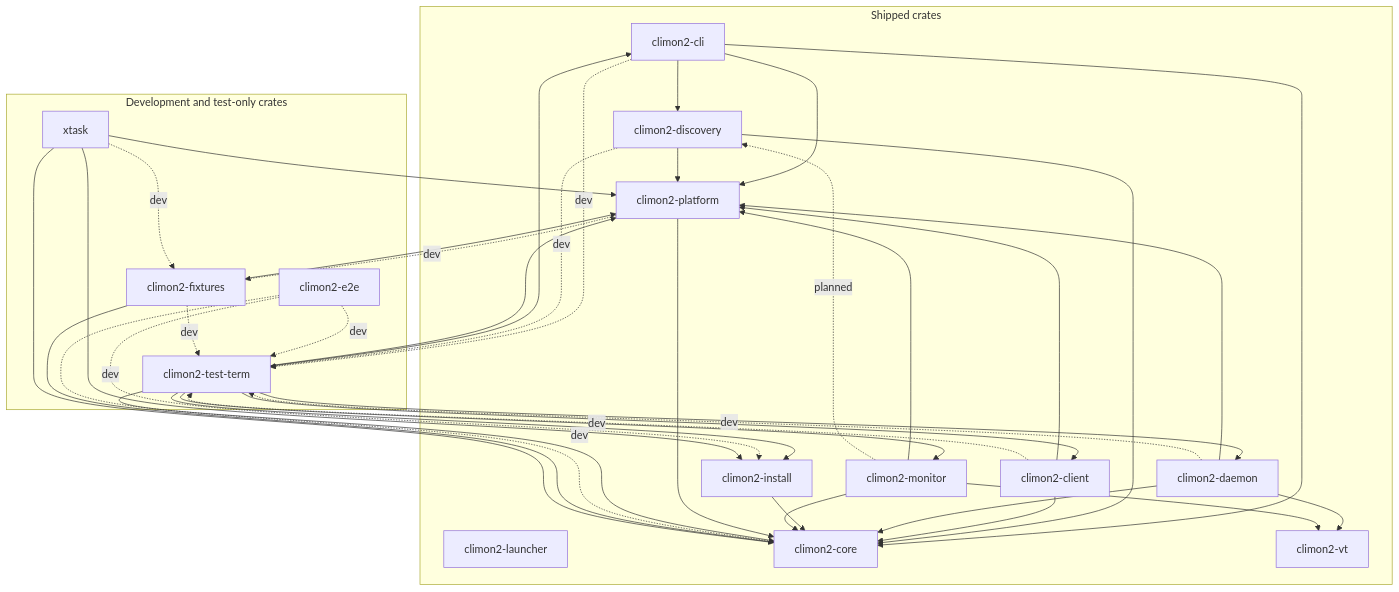
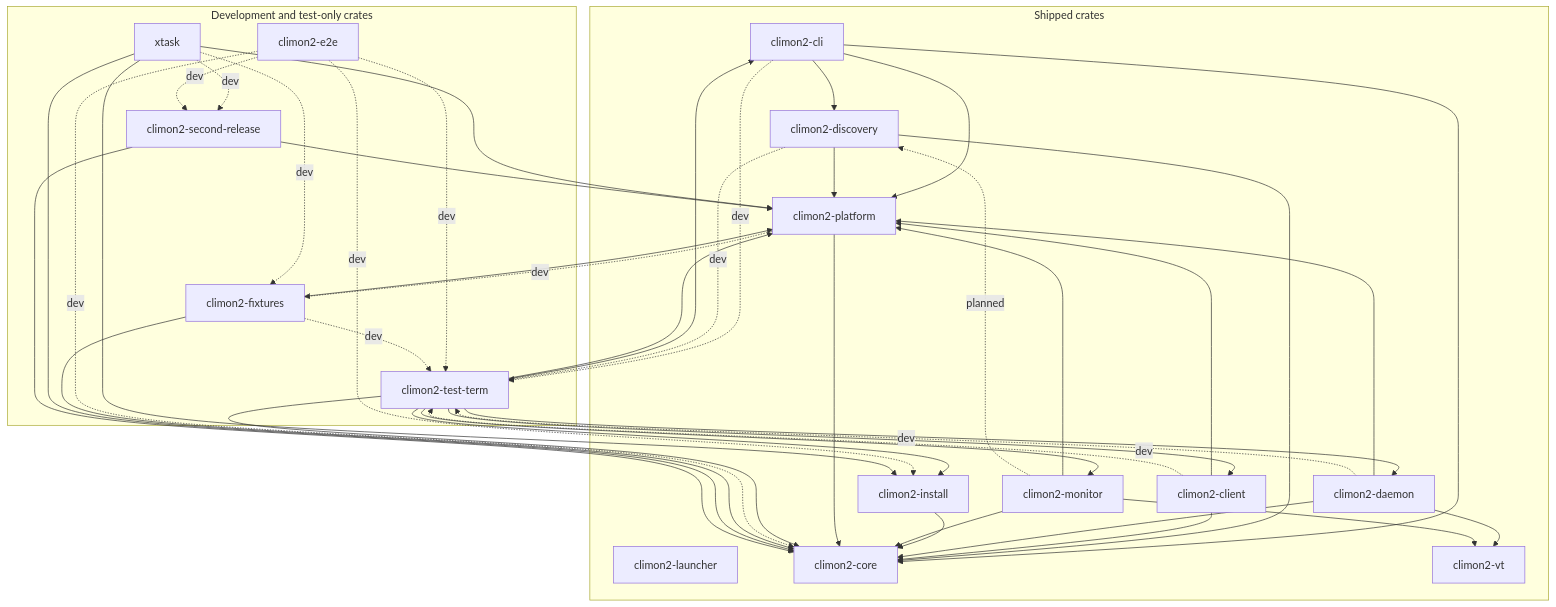
One commit to jackgeek/climon2 changed the diagram in docs/crate-relationships.md. Above: the diagram before and after it, drawn with Mermaid. The commit also changed other lines of this file and 8 other files, not shown here.

First line of the commit message:
Add the test-only second-release fixture library

````diff
--- a/docs/crate-relationships.md
+++ b/docs/crate-relationships.md
@@ -10,63 +10,68 @@
 ```mermaid
 flowchart TB
     subgraph shipped["Shipped crates"]
         launcher["climon2-launcher"]
         cli["climon2-cli"]
         discovery["climon2-discovery"]
         client["climon2-client"]
         daemon["climon2-daemon"]
         install["climon2-install"]
         monitor["climon2-monitor"]
         platform["climon2-platform"]
         core["climon2-core"]
         vt["climon2-vt"]
 
         cli --> core
         cli --> discovery
         cli --> platform
         discovery --> core
         discovery --> platform
         client --> core
         client --> platform
         daemon --> core
         daemon --> platform
         daemon --> vt
         install --> core
         monitor --> core
         monitor --> platform
         monitor --> vt
         platform --> core
     end
 
     subgraph development["Development and test-only crates"]
         test_term["climon2-test-term"]
         e2e["climon2-e2e"]
         fixtures["climon2-fixtures"]
         xtask["xtask"]
+        second["climon2-second-release"]
     end
 
     cli -.->|"dev"| test_term
     discovery -.->|"dev"| test_term
     client -.->|"dev"| test_term
     daemon -.->|"dev"| test_term
     test_term --> cli
     test_term --> client
     test_term --> core
     test_term --> daemon
     test_term --> install
     test_term --> monitor
     test_term --> platform
     e2e -.->|"dev"| core
     e2e -.->|"dev"| install
     e2e -.->|"dev"| test_term
     fixtures --> core
     fixtures --> platform
     fixtures -.->|"dev"| test_term
     platform -.->|"dev"| fixtures
     xtask --> core
     xtask --> install
     xtask --> platform
     xtask -.->|"dev"| fixtures
+    xtask -.->|"dev"| second
+    e2e -.->|"dev"| second
+    second --> core
+    second --> platform
 
     monitor -.->|"planned"| discovery
 ```
````
